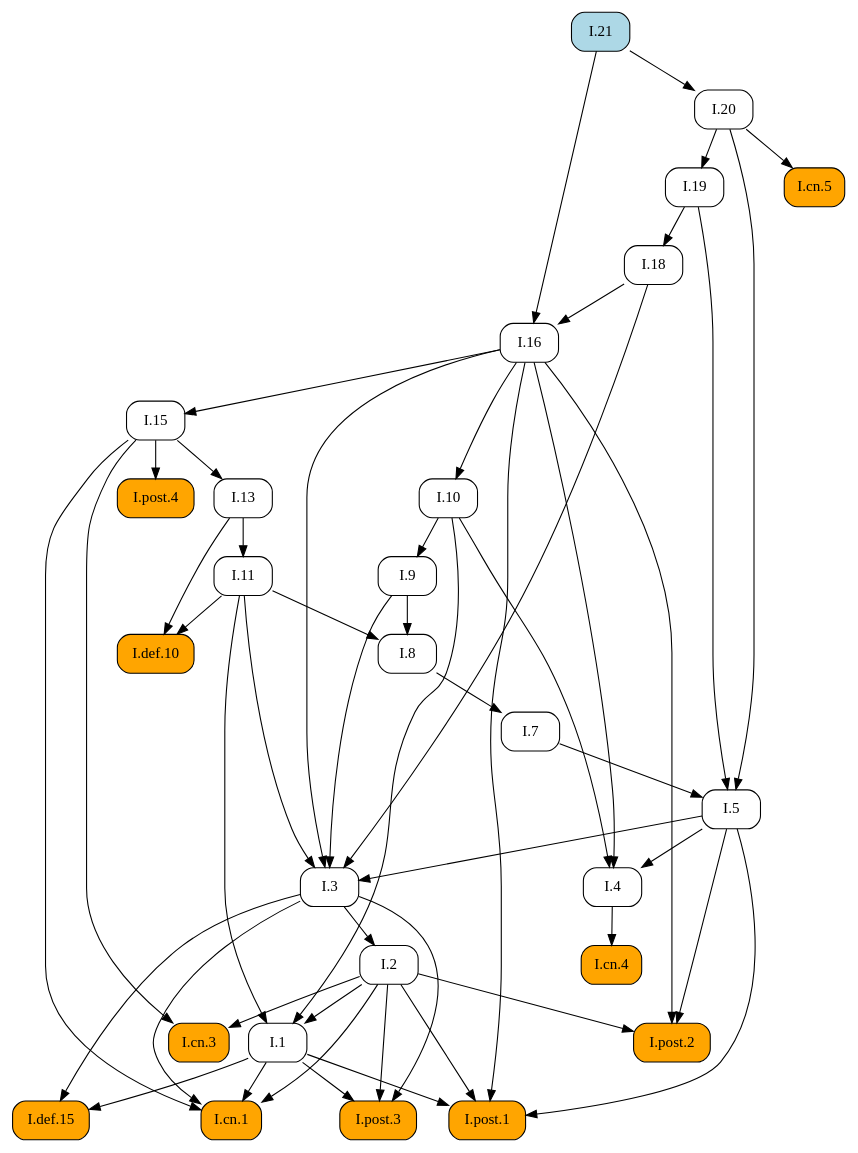
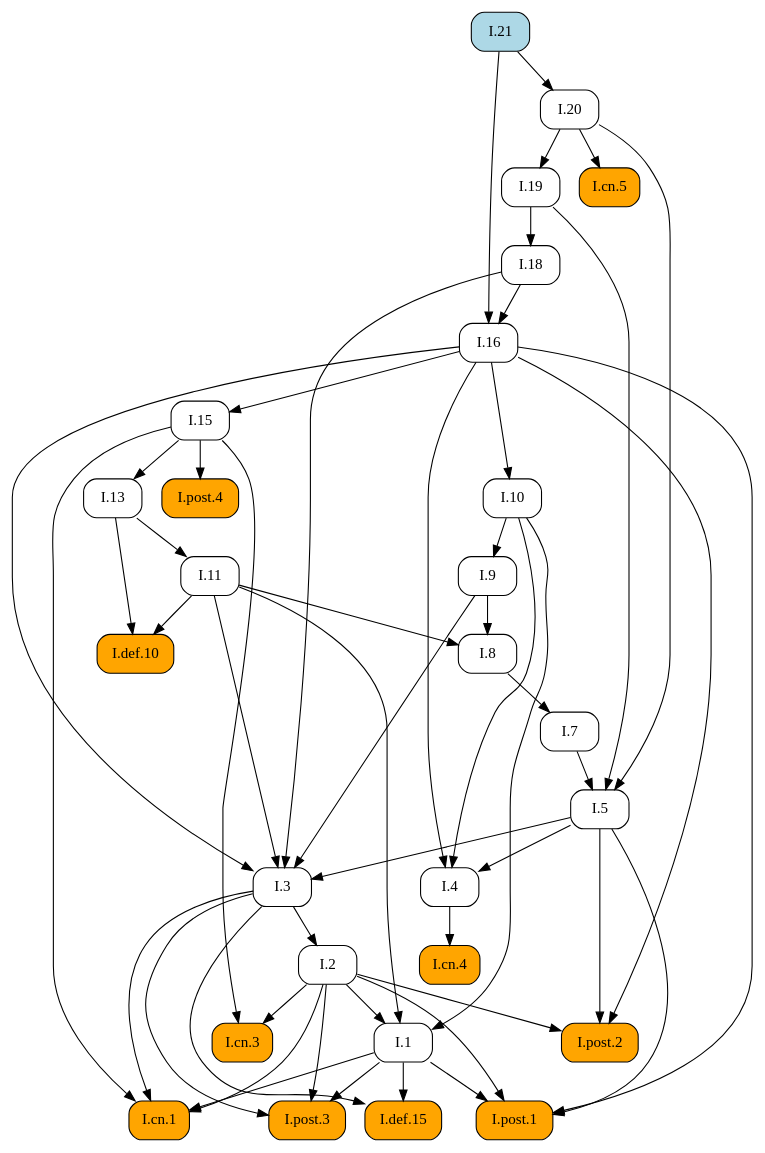
One commit to geometor/elements changed the diagram in docsrc/elements2/I/21/index.rst. Above: the diagram before and after it, drawn with Graphviz. The commit also changed other lines of this file and 409 other files, not shown here.

First line of the commit message:
feat: Add image cropping and graphic extraction script

```diff
--- a/docsrc/elements2/I/21/index.rst
+++ b/docsrc/elements2/I/21/index.rst
@@ -78,82 +78,82 @@
    digraph {
      rankdir="TB";
      node [shape=box, style=rounded];
+     "I.def.15" [style="rounded,filled", fillcolor=orange, URL="/elements2/I/def.15/", target="_top"];
+     "I.19" [URL="/elements2/I/19/", target="_top"];
+     "I.18" [URL="/elements2/I/18/", target="_top"];
+     "I.11" [URL="/elements2/I/11/", target="_top"];
+     "I.def.10" [style="rounded,filled", fillcolor=orange, URL="/elements2/I/def.10/", target="_top"];
      "I.8" [URL="/elements2/I/8/", target="_top"];
-     "I.19" [URL="/elements2/I/19/", target="_top"];
+     "I.15" [URL="/elements2/I/15/", target="_top"];
+     "I.5" [URL="/elements2/I/5/", target="_top"];
+     "I.3" [URL="/elements2/I/3/", target="_top"];
+     "I.10" [URL="/elements2/I/10/", target="_top"];
+     "I.cn.3" [style="rounded,filled", fillcolor=orange, URL="/elements2/I/cn.3/", target="_top"];
+     "I.cn.1" [style="rounded,filled", fillcolor=orange, URL="/elements2/I/cn.1/", target="_top"];
+     "I.13" [URL="/elements2/I/13/", target="_top"];
+     "I.cn.5" [style="rounded,filled", fillcolor=orange, URL="/elements2/I/cn.5/", target="_top"];
+     "I.21" [style="rounded,filled", fillcolor=lightblue, URL="/elements2/I/21/", target="_top"];
+     "I.4" [URL="/elements2/I/4/", target="_top"];
+     "I.post.3" [style="rounded,filled", fillcolor=orange, URL="/elements2/I/post.3/", target="_top"];
+     "I.7" [URL="/elements2/I/7/", target="_top"];
+     "I.9" [URL="/elements2/I/9/", target="_top"];
+     "I.16" [URL="/elements2/I/16/", target="_top"];
+     "I.post.1" [style="rounded,filled", fillcolor=orange, URL="/elements2/I/post.1/", target="_top"];
+     "I.2" [URL="/elements2/I/2/", target="_top"];
      "I.1" [URL="/elements2/I/1/", target="_top"];
-     "I.cn.3" [style="rounded,filled", fillcolor=orange, URL="/elements2/I/cn.3/", target="_top"];
+     "I.post.4" [style="rounded,filled", fillcolor=orange, URL="/elements2/I/post.4/", target="_top"];
      "I.cn.4" [style="rounded,filled", fillcolor=orange, URL="/elements2/I/cn.4/", target="_top"];
-     "I.7" [URL="/elements2/I/7/", target="_top"];
-     "I.post.1" [style="rounded,filled", fillcolor=orange, URL="/elements2/I/post.1/", target="_top"];
-     "I.9" [URL="/elements2/I/9/", target="_top"];
-     "I.5" [URL="/elements2/I/5/", target="_top"];
-     "I.cn.1" [style="rounded,filled", fillcolor=orange, URL="/elements2/I/cn.1/", target="_top"];
-     "I.post.4" [style="rounded,filled", fillcolor=orange, URL="/elements2/I/post.4/", target="_top"];
-     "I.def.10" [style="rounded,filled", fillcolor=orange, URL="/elements2/I/def.10/", target="_top"];
-     "I.16" [URL="/elements2/I/16/", target="_top"];
-     "I.13" [URL="/elements2/I/13/", target="_top"];
-     "I.18" [URL="/elements2/I/18/", target="_top"];
-     "I.21" [style="rounded,filled", fillcolor=lightblue, URL="/elements2/I/21/", target="_top"];
-     "I.2" [URL="/elements2/I/2/", target="_top"];
-     "I.def.15" [style="rounded,filled", fillcolor=orange, URL="/elements2/I/def.15/", target="_top"];
-     "I.4" [URL="/elements2/I/4/", target="_top"];
-     "I.cn.5" [style="rounded,filled", fillcolor=orange, URL="/elements2/I/cn.5/", target="_top"];
-     "I.11" [URL="/elements2/I/11/", target="_top"];
-     "I.10" [URL="/elements2/I/10/", target="_top"];
-     "I.15" [URL="/elements2/I/15/", target="_top"];
      "I.20" [URL="/elements2/I/20/", target="_top"];
-     "I.3" [URL="/elements2/I/3/", target="_top"];
      "I.post.2" [style="rounded,filled", fillcolor=orange, URL="/elements2/I/post.2/", target="_top"];
-     "I.post.3" [style="rounded,filled", fillcolor=orange, URL="/elements2/I/post.3/", target="_top"];
+     "I.1" -> "I.def.15";
+     "I.3" -> "I.def.15";
+     "I.20" -> "I.19";
+     "I.19" -> "I.18";
+     "I.13" -> "I.11";
+     "I.11" -> "I.def.10";
+     "I.13" -> "I.def.10";
      "I.9" -> "I.8";
      "I.11" -> "I.8";
-     "I.20" -> "I.19";
-     "I.2" -> "I.1";
-     "I.10" -> "I.1";
-     "I.11" -> "I.1";
-     "I.2" -> "I.cn.3";
-     "I.15" -> "I.cn.3";
-     "I.4" -> "I.cn.4";
-     "I.8" -> "I.7";
-     "I.1" -> "I.post.1";
-     "I.2" -> "I.post.1";
-     "I.5" -> "I.post.1";
-     "I.16" -> "I.post.1";
-     "I.10" -> "I.9";
+     "I.16" -> "I.15";
      "I.7" -> "I.5";
      "I.19" -> "I.5";
      "I.20" -> "I.5";
-     "I.1" -> "I.cn.1";
-     "I.2" -> "I.cn.1";
-     "I.3" -> "I.cn.1";
-     "I.15" -> "I.cn.1";
-     "I.15" -> "I.post.4";
-     "I.11" -> "I.def.10";
-     "I.13" -> "I.def.10";
-     "I.18" -> "I.16";
-     "I.21" -> "I.16";
-     "I.15" -> "I.13";
-     "I.19" -> "I.18";
-     "I.3" -> "I.2";
-     "I.1" -> "I.def.15";
-     "I.3" -> "I.def.15";
-     "I.5" -> "I.4";
-     "I.10" -> "I.4";
-     "I.16" -> "I.4";
-     "I.20" -> "I.cn.5";
-     "I.13" -> "I.11";
-     "I.16" -> "I.10";
-     "I.16" -> "I.15";
-     "I.21" -> "I.20";
      "I.5" -> "I.3";
      "I.9" -> "I.3";
      "I.11" -> "I.3";
      "I.16" -> "I.3";
      "I.18" -> "I.3";
+     "I.16" -> "I.10";
+     "I.2" -> "I.cn.3";
+     "I.15" -> "I.cn.3";
+     "I.1" -> "I.cn.1";
+     "I.2" -> "I.cn.1";
+     "I.3" -> "I.cn.1";
+     "I.15" -> "I.cn.1";
+     "I.15" -> "I.13";
+     "I.20" -> "I.cn.5";
+     "I.5" -> "I.4";
+     "I.10" -> "I.4";
+     "I.16" -> "I.4";
+     "I.1" -> "I.post.3";
+     "I.2" -> "I.post.3";
+     "I.3" -> "I.post.3";
+     "I.8" -> "I.7";
+     "I.10" -> "I.9";
+     "I.18" -> "I.16";
+     "I.21" -> "I.16";
+     "I.1" -> "I.post.1";
+     "I.2" -> "I.post.1";
+     "I.5" -> "I.post.1";
+     "I.16" -> "I.post.1";
+     "I.3" -> "I.2";
+     "I.2" -> "I.1";
+     "I.10" -> "I.1";
+     "I.11" -> "I.1";
+     "I.15" -> "I.post.4";
+     "I.4" -> "I.cn.4";
+     "I.21" -> "I.20";
      "I.2" -> "I.post.2";
      "I.5" -> "I.post.2";
      "I.16" -> "I.post.2";
-     "I.1" -> "I.post.3";
-     "I.2" -> "I.post.3";
-     "I.3" -> "I.post.3";
    }
```
